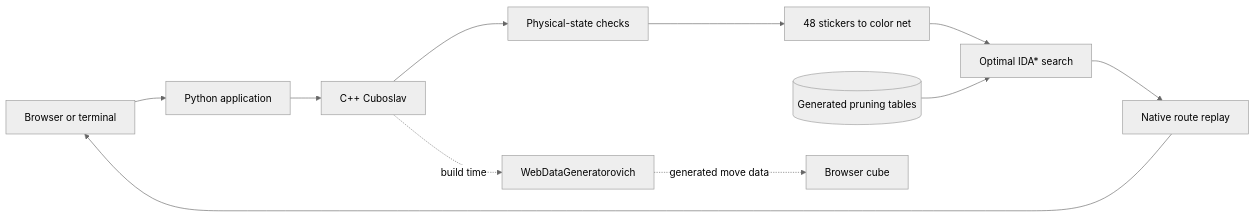
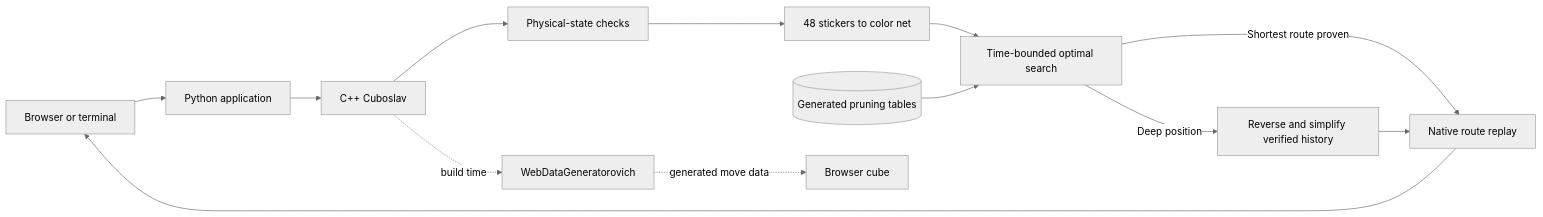
One commit to unnobatroo/rubikoslav changed the diagram in README.md. Above: the diagram before and after it, drawn with Mermaid (neutral theme). The commit also changed other lines of this file and 8 other files, not shown here.

````diff
--- a/README.md
+++ b/README.md
@@ -84,14 +86,16 @@
 ```mermaid
 flowchart LR
     User[Browser or terminal] --> App[Python application]
     App --> Native[C++ Cuboslav]
     Native --> Validation[Physical-state checks]
     Validation --> Adapter[48 stickers to color net]
-    Adapter --> Search[Optimal IDA* search]
+    Adapter --> Search[Time-bounded optimal search]
     Tables[(Generated pruning tables)] --> Search
-    Search --> Replay[Native route replay]
+    Search -->|Shortest route proven| Replay[Native route replay]
+    Search -->|Deep position| History[Reverse and simplify verified history]
+    History --> Replay
     Replay --> User
 
     Native -. build time .-> Generator[WebDataGeneratorovich]
     Generator -. generated move data .-> Browser[Browser cube]
 ```
````
